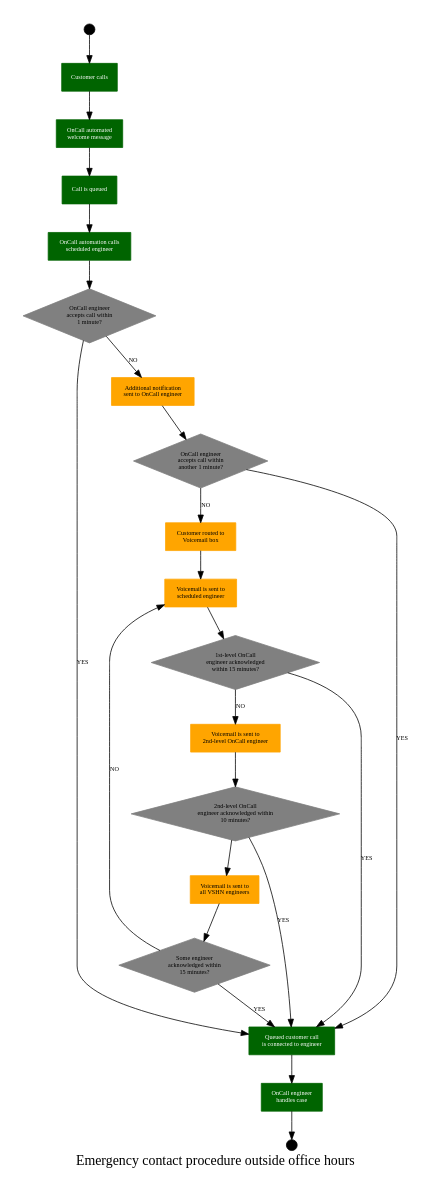
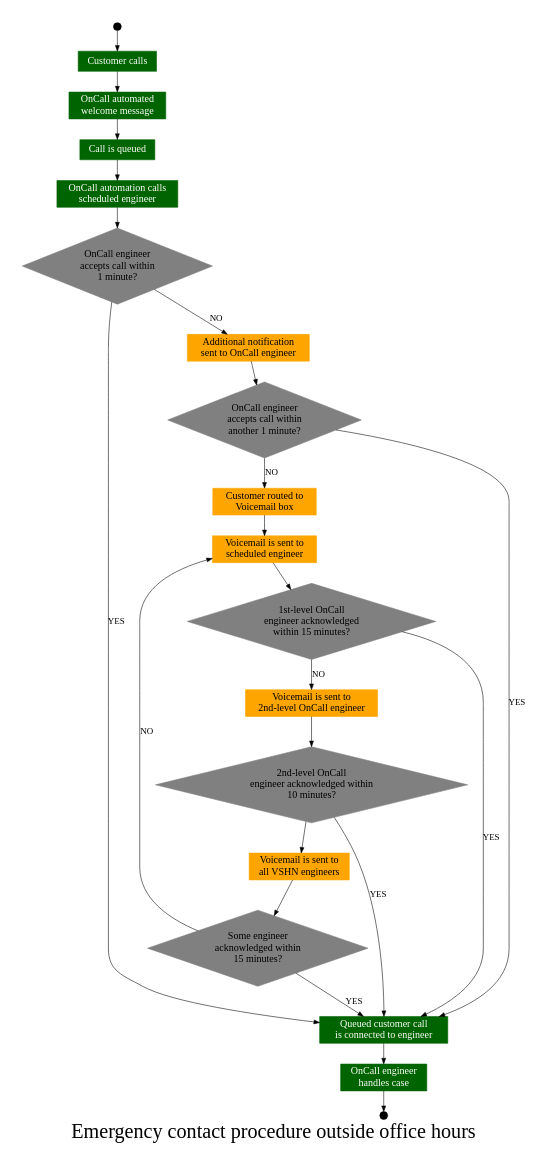
Before and after one commit to vshn/kb: the diagram in docs/modules/ROOT/examples/emergency.gv, drawn with Graphviz.

Commit message:
Increased font size

```diff
--- a/docs/modules/ROOT/examples/emergency.gv
+++ b/docs/modules/ROOT/examples/emergency.gv
@@ -1,80 +1,80 @@
 digraph "VSHN" {
   graph [ fontname = "Ubuntu",
-          fontsize = 18,
+          fontsize = 36,
           label = "Emergency contact procedure outside office hours",
           size = "6,6" ];
 
   node [ shape=circle,
          color=black,
          style=filled,
          width=0.20 ]; start [label=""]; stop [label=""];
 
   node [ shape=diamond,
          style=filled,
          color=grey,
          fontname="Ubuntu",
-         fontsize=8 ];
+         fontsize=18 ];
 
   Q1 [ label="OnCall engineer\naccepts call within\n1 minute?" ];
   Q2 [ label="OnCall engineer\naccepts call within\nanother 1 minute?" ];
   Q3 [ label="1st-level OnCall\nengineer acknowledged\nwithin 15 minutes?" ];
   Q4 [ label="2nd-level OnCall\nengineer acknowledged within\n10 minutes?" ];
   Q5 [ label="Some engineer\nacknowledged within\n15 minutes?" ];
 
   node [ shape = rect,
          distortion = "0.0",
          orientation = "0.0",
          skew = "0.0",
          color = darkgreen,
          fontcolor="white",
          fontname = "Ubuntu" ];
 
   A [ label="Customer calls" ];
   B [ label="OnCall automated\nwelcome message" ];
   C [ label="Call is queued" ];
   D [ label="OnCall automation calls\nscheduled engineer" ];
   E [ label="Queued customer call\nis connected to engineer" ];
   F [ label="OnCall engineer\nhandles case" ];
 
   node [ shape = rect,
          distortion = "0.0",
          orientation = "0.0",
          skew = "0.0",
          color = orange,
          fontcolor="black",
          fontname = "Ubuntu" ];
 
   G [ label="Additional notification\nsent to OnCall engineer" ];
   H [ label="Customer routed to\nVoicemail box" ];
   I [ label="Voicemail is sent to\nscheduled engineer" ];
   J [ label="Voicemail is sent to\n2nd-level OnCall engineer" ];
   K [ label="Voicemail is sent to\nall VSHN engineers" ];
 
   start -> A;
   A -> B;
   B -> C;
   C -> D;
   D -> Q1;
-  Q1 -> E [ label=YES,fontname="Ubuntu",fontsize=8 ];
+  Q1 -> E [ label=YES,fontname="Ubuntu",fontsize=16 ];
   E -> F;
   F -> stop;
 
-  Q1 -> G [ label=NO, fontname="Ubuntu",fontsize=8 ];
+  Q1 -> G [ label=NO, fontname="Ubuntu",fontsize=16 ];
   G -> Q2;
-  Q2 -> E [ label=YES, fontname="Ubuntu",fontsize=8 ];
+  Q2 -> E [ label=YES, fontname="Ubuntu",fontsize=16 ];
 
-  Q2 -> H [ label=NO, fontname="Ubuntu",fontsize=8 ];
+  Q2 -> H [ label=NO, fontname="Ubuntu",fontsize=16 ];
   H -> I;
   I -> Q3;
-  Q3 -> E [ label=YES, fontname="Ubuntu",fontsize=8 ];
+  Q3 -> E [ label=YES, fontname="Ubuntu",fontsize=16 ];
 
-  Q3 -> J [ label=NO, fontname="Ubuntu",fontsize=8 ];
+  Q3 -> J [ label=NO, fontname="Ubuntu",fontsize=16 ];
   J -> Q4;
-  Q4 -> E [ label=YES, fontname="Ubuntu",fontsize=8 ];
+  Q4 -> E [ label=YES, fontname="Ubuntu",fontsize=16 ];
 
   Q4 -> K;
   K -> Q5;
-  Q5 -> E [ label=YES, fontname="Ubuntu",fontsize=8 ];
+  Q5 -> E [ label=YES, fontname="Ubuntu",fontsize=16 ];
 
-  Q5 -> I [ label=NO, fontname="Ubuntu",fontsize=8 ];
+  Q5 -> I [ label=NO, fontname="Ubuntu",fontsize=16 ];
 }
```
